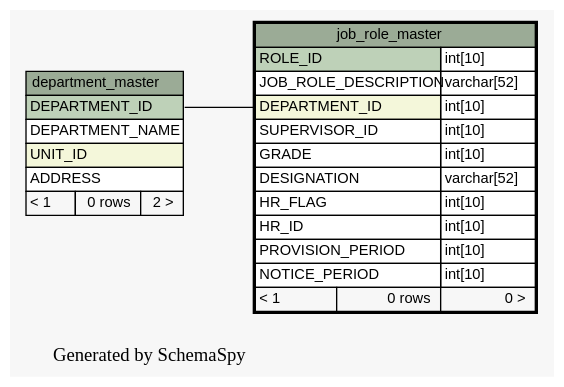
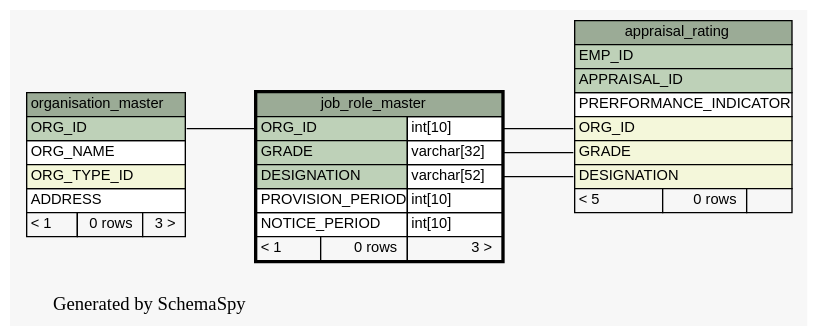
The diagram in docs/database/schemaspy/graphs/job_role_master.1degree.dot (engineerscraft/hrms), drawn with Graphviz before and after one commit. The commit also changed 168 other files, not shown here.

Commit message:
Database script modified and schemaspy doc generated

```diff
--- a/docs/database/schemaspy/graphs/job_role_master.1degree.dot
+++ b/docs/database/schemaspy/graphs/job_role_master.1degree.dot
@@ -1,50 +1,63 @@
 // dot 2.38.0 on Windows 7 6.1
 digraph "oneDegreeRelationshipsGraph" {
   graph [
     rankdir="RL"
     bgcolor="#f7f7f7"
     label="\nGenerated by SchemaSpy"
     labeljust="l"
   ];
   node [
     fontname="Helvetica"
     fontsize="11"
     shape="plaintext"
   ];
   edge [
     arrowsize="0.8"
   ];
-  "job_role_master":"DEPARTMENT_ID":w -> "department_master":"DEPARTMENT_ID":e [arrowtail=crowodot arrowhead=none];
-  "department_master" [
+  "appraisal_rating":"DESIGNATION":w -> "job_role_master":"DESIGNATION.type":e [arrowtail=crowodot arrowhead=none];
+  "appraisal_rating":"GRADE":w -> "job_role_master":"GRADE.type":e [arrowtail=crowodot arrowhead=none];
+  "appraisal_rating":"ORG_ID":w -> "job_role_master":"ORG_ID.type":e [arrowtail=crowodot arrowhead=none];
+  "job_role_master":"ORG_ID":w -> "organisation_master":"ORG_ID":e [arrowtail=crowtee arrowhead=none];
+  "appraisal_rating" [
     label=<
     <TABLE BORDER="0" CELLBORDER="1" CELLSPACING="0" BGCOLOR="#ffffff">
-      <TR><TD PORT="department_master.heading" COLSPAN="3" BGCOLOR="#9bab96" ALIGN="CENTER">department_master</TD></TR>
-      <TR><TD PORT="DEPARTMENT_ID" COLSPAN="3" BGCOLOR="#bed1b8" ALIGN="LEFT">DEPARTMENT_ID</TD></TR>
-      <TR><TD PORT="DEPARTMENT_NAME" COLSPAN="3" ALIGN="LEFT">DEPARTMENT_NAME</TD></TR>
-      <TR><TD PORT="UNIT_ID" COLSPAN="3" BGCOLOR="#f4f7da" ALIGN="LEFT">UNIT_ID</TD></TR>
-      <TR><TD PORT="ADDRESS" COLSPAN="3" ALIGN="LEFT">ADDRESS</TD></TR>
-      <TR><TD ALIGN="LEFT" BGCOLOR="#f7f7f7">&lt; 1</TD><TD ALIGN="RIGHT" BGCOLOR="#f7f7f7">0 rows</TD><TD ALIGN="RIGHT" BGCOLOR="#f7f7f7">2 &gt;</TD></TR>
+      <TR><TD PORT="appraisal_rating.heading" COLSPAN="3" BGCOLOR="#9bab96" ALIGN="CENTER">appraisal_rating</TD></TR>
+      <TR><TD PORT="EMP_ID" COLSPAN="3" BGCOLOR="#bed1b8" ALIGN="LEFT">EMP_ID</TD></TR>
+      <TR><TD PORT="APPRAISAL_ID" COLSPAN="3" BGCOLOR="#bed1b8" ALIGN="LEFT">APPRAISAL_ID</TD></TR>
+      <TR><TD PORT="PRERFORMANCE_INDICATOR" COLSPAN="3" ALIGN="LEFT">PRERFORMANCE_INDICATOR</TD></TR>
+      <TR><TD PORT="ORG_ID" COLSPAN="3" BGCOLOR="#f4f7da" ALIGN="LEFT">ORG_ID</TD></TR>
+      <TR><TD PORT="GRADE" COLSPAN="3" BGCOLOR="#f4f7da" ALIGN="LEFT">GRADE</TD></TR>
+      <TR><TD PORT="DESIGNATION" COLSPAN="3" BGCOLOR="#f4f7da" ALIGN="LEFT">DESIGNATION</TD></TR>
+      <TR><TD ALIGN="LEFT" BGCOLOR="#f7f7f7">&lt; 5</TD><TD ALIGN="RIGHT" BGCOLOR="#f7f7f7">0 rows</TD><TD ALIGN="RIGHT" BGCOLOR="#f7f7f7">  </TD></TR>
     </TABLE>>
-    URL="department_master.html#graph"
-    tooltip="department_master"
+    URL="appraisal_rating.html#graph"
+    tooltip="appraisal_rating"
   ];
   "job_role_master" [
     label=<
     <TABLE BORDER="2" CELLBORDER="1" CELLSPACING="0" BGCOLOR="#ffffff">
       <TR><TD PORT="job_role_master.heading" COLSPAN="3" BGCOLOR="#9bab96" ALIGN="CENTER">job_role_master</TD></TR>
-      <TR><TD PORT="ROLE_ID" COLSPAN="2" BGCOLOR="#bed1b8" ALIGN="LEFT">ROLE_ID</TD><TD PORT="ROLE_ID.type" ALIGN="LEFT">int[10]</TD></TR>
-      <TR><TD PORT="JOB_ROLE_DESCRIPTION" COLSPAN="2" ALIGN="LEFT">JOB_ROLE_DESCRIPTION</TD><TD PORT="JOB_ROLE_DESCRIPTION.type" ALIGN="LEFT">varchar[52]</TD></TR>
-      <TR><TD PORT="DEPARTMENT_ID" COLSPAN="2" BGCOLOR="#f4f7da" ALIGN="LEFT">DEPARTMENT_ID</TD><TD PORT="DEPARTMENT_ID.type" ALIGN="LEFT">int[10]</TD></TR>
-      <TR><TD PORT="SUPERVISOR_ID" COLSPAN="2" ALIGN="LEFT">SUPERVISOR_ID</TD><TD PORT="SUPERVISOR_ID.type" ALIGN="LEFT">int[10]</TD></TR>
-      <TR><TD PORT="GRADE" COLSPAN="2" ALIGN="LEFT">GRADE</TD><TD PORT="GRADE.type" ALIGN="LEFT">int[10]</TD></TR>
-      <TR><TD PORT="DESIGNATION" COLSPAN="2" ALIGN="LEFT">DESIGNATION</TD><TD PORT="DESIGNATION.type" ALIGN="LEFT">varchar[52]</TD></TR>
-      <TR><TD PORT="HR_FLAG" COLSPAN="2" ALIGN="LEFT">HR_FLAG</TD><TD PORT="HR_FLAG.type" ALIGN="LEFT">int[10]</TD></TR>
-      <TR><TD PORT="HR_ID" COLSPAN="2" ALIGN="LEFT">HR_ID</TD><TD PORT="HR_ID.type" ALIGN="LEFT">int[10]</TD></TR>
+      <TR><TD PORT="ORG_ID" COLSPAN="2" BGCOLOR="#bed1b8" ALIGN="LEFT">ORG_ID</TD><TD PORT="ORG_ID.type" ALIGN="LEFT">int[10]</TD></TR>
+      <TR><TD PORT="GRADE" COLSPAN="2" BGCOLOR="#bed1b8" ALIGN="LEFT">GRADE</TD><TD PORT="GRADE.type" ALIGN="LEFT">varchar[32]</TD></TR>
+      <TR><TD PORT="DESIGNATION" COLSPAN="2" BGCOLOR="#bed1b8" ALIGN="LEFT">DESIGNATION</TD><TD PORT="DESIGNATION.type" ALIGN="LEFT">varchar[52]</TD></TR>
       <TR><TD PORT="PROVISION_PERIOD" COLSPAN="2" ALIGN="LEFT">PROVISION_PERIOD</TD><TD PORT="PROVISION_PERIOD.type" ALIGN="LEFT">int[10]</TD></TR>
       <TR><TD PORT="NOTICE_PERIOD" COLSPAN="2" ALIGN="LEFT">NOTICE_PERIOD</TD><TD PORT="NOTICE_PERIOD.type" ALIGN="LEFT">int[10]</TD></TR>
-      <TR><TD ALIGN="LEFT" BGCOLOR="#f7f7f7">&lt; 1</TD><TD ALIGN="RIGHT" BGCOLOR="#f7f7f7">0 rows</TD><TD ALIGN="RIGHT" BGCOLOR="#f7f7f7">0 &gt;</TD></TR>
+      <TR><TD ALIGN="LEFT" BGCOLOR="#f7f7f7">&lt; 1</TD><TD ALIGN="RIGHT" BGCOLOR="#f7f7f7">0 rows</TD><TD ALIGN="RIGHT" BGCOLOR="#f7f7f7">3 &gt;</TD></TR>
     </TABLE>>
     URL="job_role_master.html#"
     tooltip="job_role_master"
   ];
+  "organisation_master" [
+    label=<
+    <TABLE BORDER="0" CELLBORDER="1" CELLSPACING="0" BGCOLOR="#ffffff">
+      <TR><TD PORT="organisation_master.heading" COLSPAN="3" BGCOLOR="#9bab96" ALIGN="CENTER">organisation_master</TD></TR>
+      <TR><TD PORT="ORG_ID" COLSPAN="3" BGCOLOR="#bed1b8" ALIGN="LEFT">ORG_ID</TD></TR>
+      <TR><TD PORT="ORG_NAME" COLSPAN="3" ALIGN="LEFT">ORG_NAME</TD></TR>
+      <TR><TD PORT="ORG_TYPE_ID" COLSPAN="3" BGCOLOR="#f4f7da" ALIGN="LEFT">ORG_TYPE_ID</TD></TR>
+      <TR><TD PORT="ADDRESS" COLSPAN="3" ALIGN="LEFT">ADDRESS</TD></TR>
+      <TR><TD ALIGN="LEFT" BGCOLOR="#f7f7f7">&lt; 1</TD><TD ALIGN="RIGHT" BGCOLOR="#f7f7f7">0 rows</TD><TD ALIGN="RIGHT" BGCOLOR="#f7f7f7">3 &gt;</TD></TR>
+    </TABLE>>
+    URL="organisation_master.html#graph"
+    tooltip="organisation_master"
+  ];
 }
```
